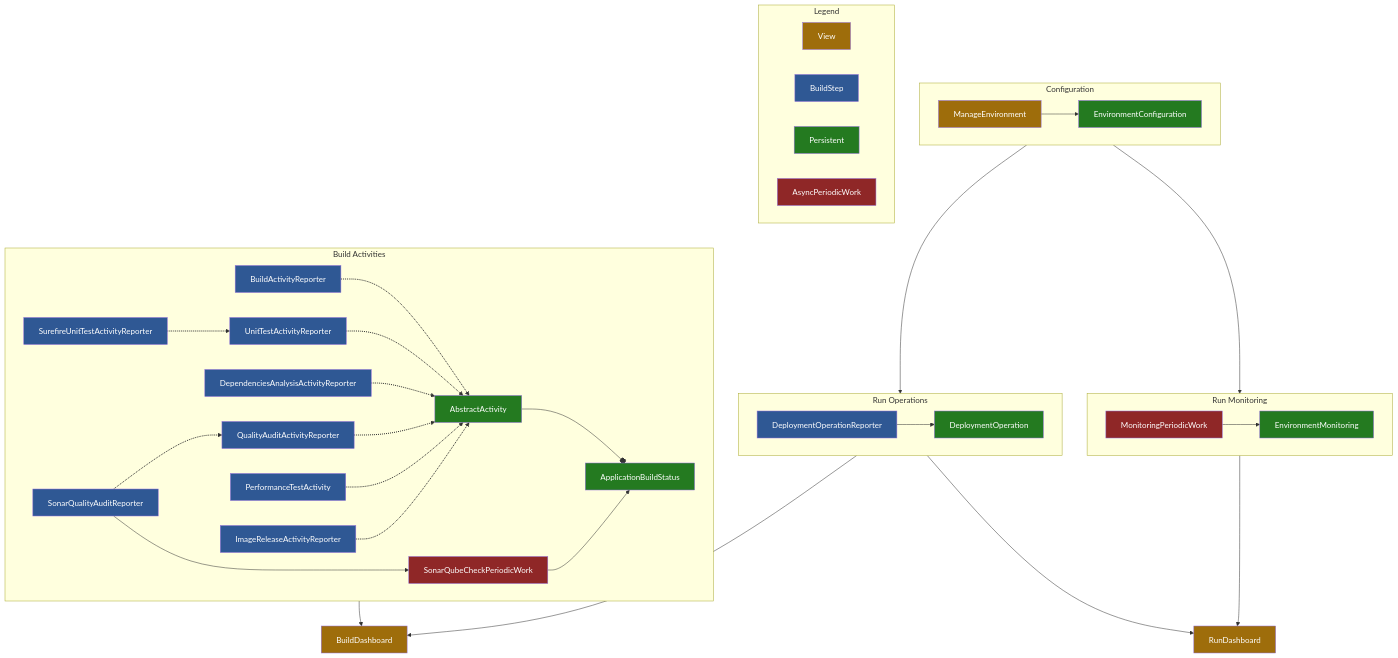
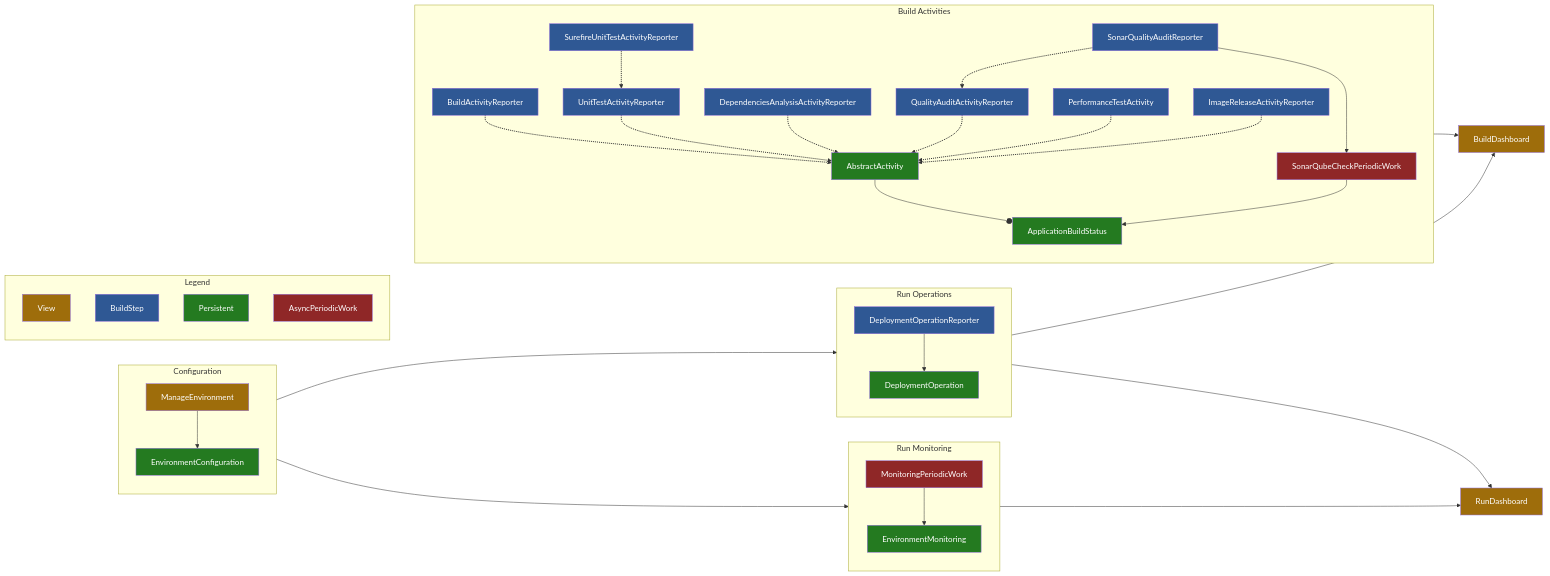
One commit to jenkinsci/devops-portal-plugin changed the diagram in README.md. Above: the diagram before and after it, drawn with Mermaid.

````diff
--- a/README.md
+++ b/README.md
@@ -378,49 +378,49 @@
 ```mermaid
-flowchart TD
+flowchart LR
 
     subgraph Configuration
     ManageEnvironment:::view --> EnvironmentConfiguration:::entity
     end
     
     subgraph Legend
     View:::view
     BuildStep:::reporter
     Persistent:::entity
     AsyncPeriodicWork:::worker
     end
     
     subgraph RunOperations[Run Operations]
     DeploymentOperationReporter:::reporter --> DeploymentOperation:::entity
     end
     
     subgraph RunMonitoring[Run Monitoring]
     MonitoringPeriodicWork:::worker --> EnvironmentMonitoring:::entity
     end
     
     subgraph BuildActivities[Build Activities]
     BuildActivityReporter:::reporter -.-> AbstractActivity:::entity
     UnitTestActivityReporter:::reporter -.-> AbstractActivity:::entity
     SurefireUnitTestActivityReporter:::reporter -.-> UnitTestActivityReporter:::reporter
     DependenciesAnalysisActivityReporter:::reporter -.-> AbstractActivity:::entity
     QualityAuditActivityReporter:::reporter -.-> AbstractActivity:::entity
     SonarQualityAuditReporter:::reporter -.-> QualityAuditActivityReporter:::reporter
     PerformanceTestActivity:::reporter -.-> AbstractActivity:::entity
     ImageReleaseActivityReporter:::reporter -.-> AbstractActivity:::entity
     AbstractActivity:::entity --o ApplicationBuildStatus:::entity
     SonarQualityAuditReporter:::reporter --> SonarQubeCheckPeriodicWork:::worker
     SonarQubeCheckPeriodicWork:::worker --> ApplicationBuildStatus:::entity
     end
     
     Configuration --> RunOperations
     Configuration --> RunMonitoring
     RunOperations --> RunDashboard:::view
     RunMonitoring --> RunDashboard:::view
     BuildActivities --> BuildDashboard:::view
     RunOperations --> BuildDashboard:::view
     
     classDef view fill:#9e6d0b,color:#fff
     classDef reporter fill:#2f5894,color:#fff
     classDef entity fill:#247a20,color:#fff
     classDef worker fill:#8f2727,color:#fff
     linkStyle 3,4,5,6,7,8,9,10 stroke-width:2px,fill:none
 ```
````
